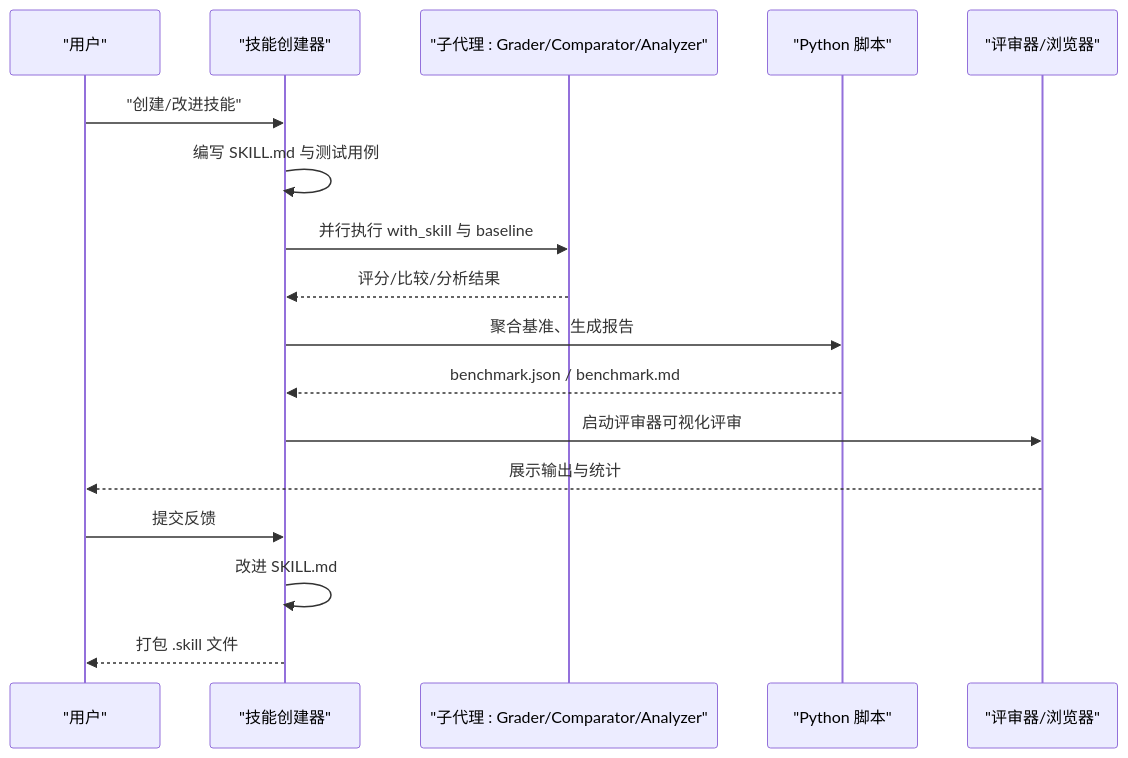
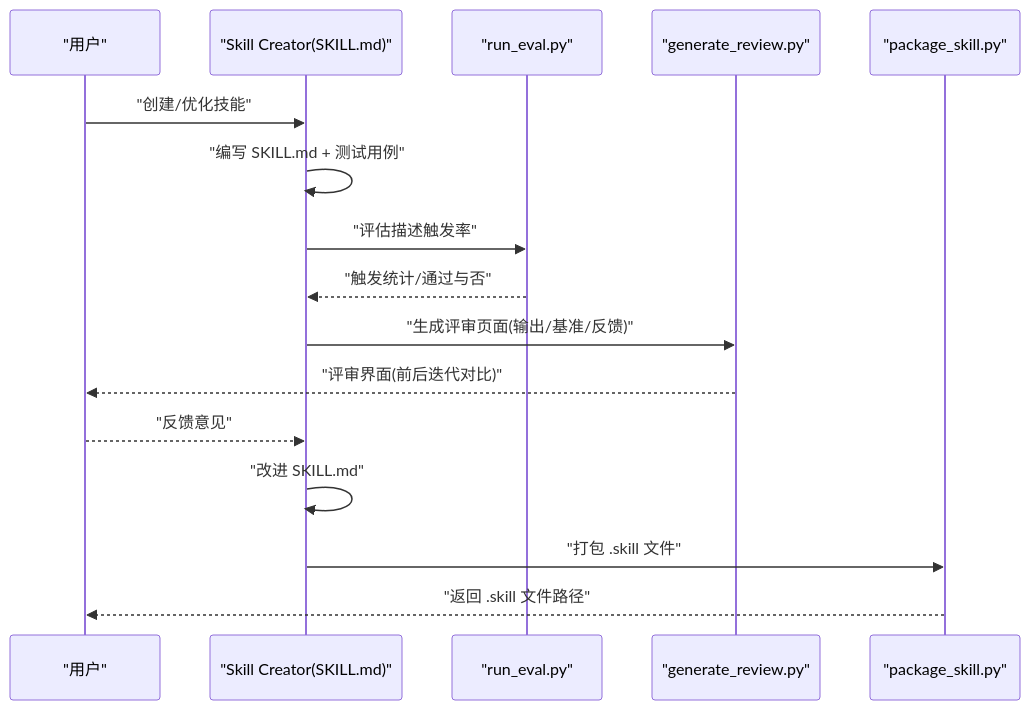
The seventh of 8 diagrams in .qoder/repowiki/zh/content/技能系统/技能系统.md (HAOFUYANG/onion-code), drawn with Mermaid before and after one commit. The commit also changed other lines of this file and 58 other files, not shown here.

````diff
--- a/.qoder/repowiki/zh/content/技能系统/技能系统.md
+++ b/.qoder/repowiki/zh/content/技能系统/技能系统.md
@@ -399,19 +265,18 @@
 ```mermaid
 sequenceDiagram
 participant U as "用户"
-participant SC as "技能创建器"
-participant SubA as "子代理 : Grader/Comparator/Analyzer"
-participant Py as "Python 脚本"
-participant V as "评审器/浏览器"
-U->>SC : "创建/改进技能"
-SC->>SC : 编写 SKILL.md 与测试用例
-SC->>SubA : 并行执行 with_skill 与 baseline
-SubA-->>SC : 评分/比较/分析结果
-SC->>Py : 聚合基准、生成报告
-Py-->>SC : benchmark.json / benchmark.md
-SC->>V : 启动评审器可视化评审
-V-->>U : 展示输出与统计
-U->>SC : 提交反馈
-SC->>SC : 改进 SKILL.md
-SC-->>U : 打包 .skill 文件
+participant C as "Skill Creator(SKILL.md)"
+participant E as "run_eval.py"
+participant V as "generate_review.py"
+participant P as "package_skill.py"
+U->>C : "创建/优化技能"
+C->>C : "编写 SKILL.md + 测试用例"
+C->>E : "评估描述触发率"
+E-->>C : "触发统计/通过与否"
+C->>V : "生成评审页面(输出/基准/反馈)"
+V-->>U : "评审界面(前后迭代对比)"
+U-->>C : "反馈意见"
+C->>C : "改进 SKILL.md"
+C->>P : "打包 .skill 文件"
+P-->>U : "返回 .skill 文件路径"
 ```
````
